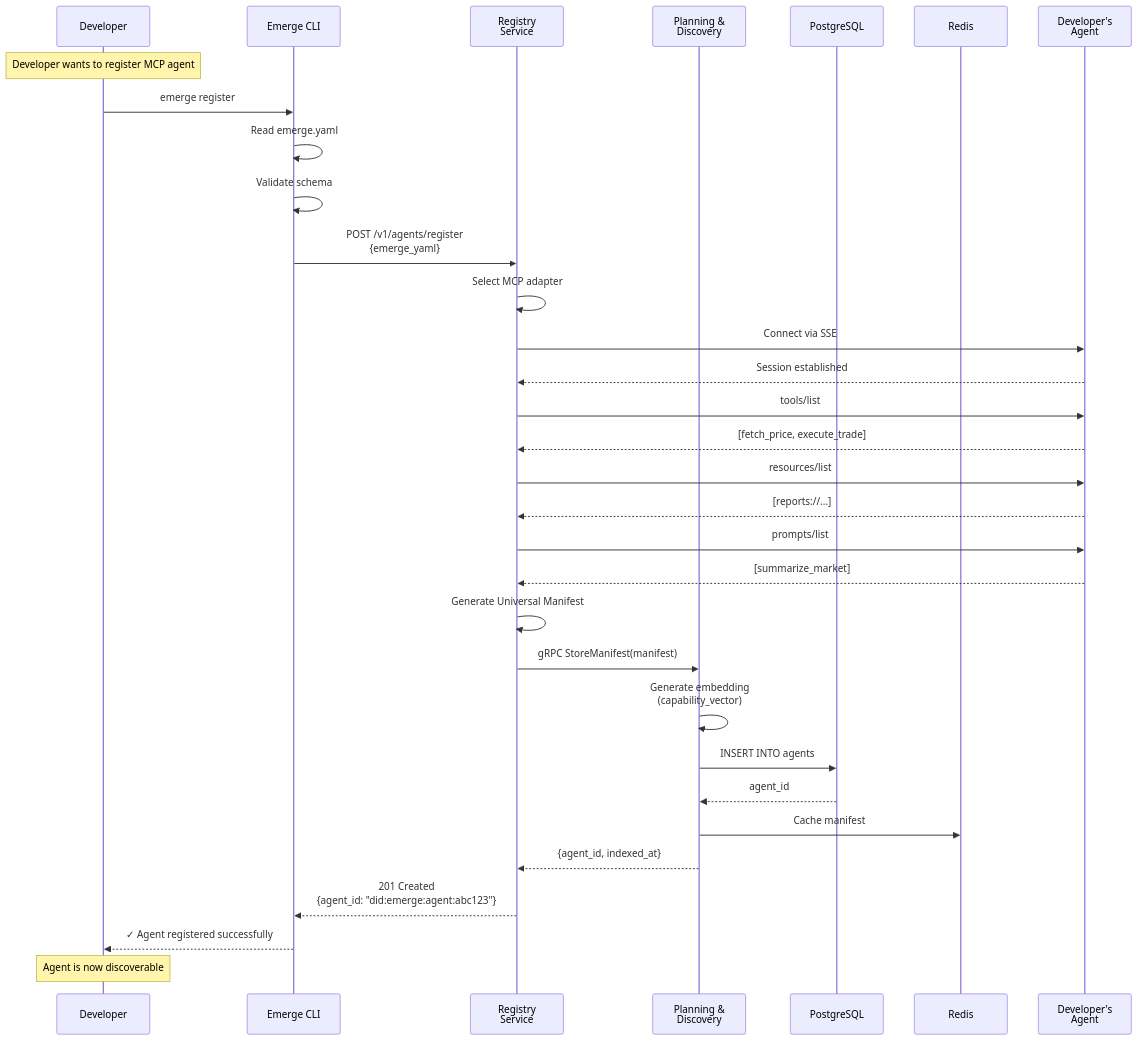
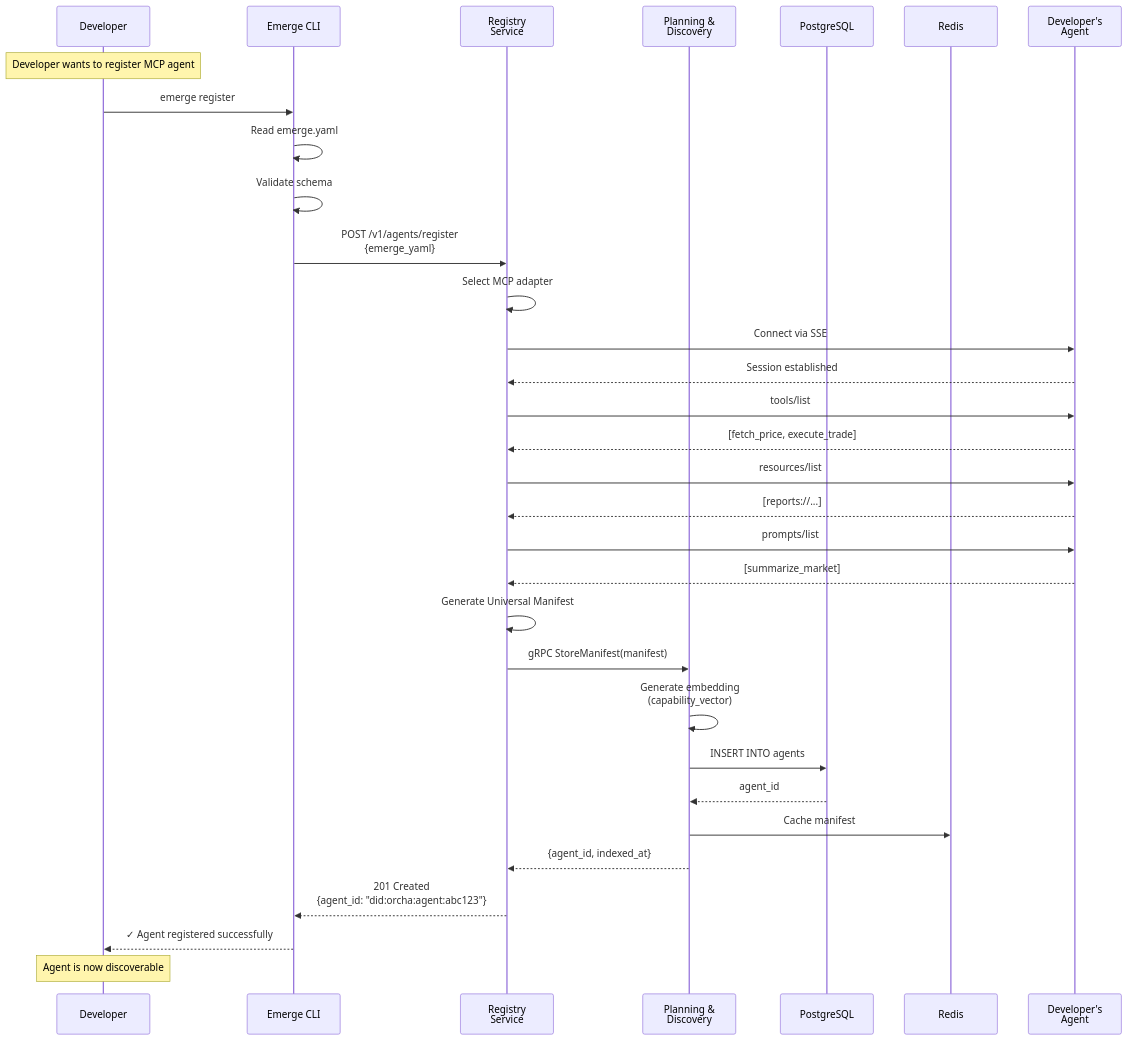
The second of 3 diagrams in docs/archtecture/system-architecture.md (azank1/orcha), drawn with Mermaid before and after one commit. The commit also changed other lines of this file and 264 other files, not shown here.

````diff
--- a/docs/archtecture/system-architecture.md
+++ b/docs/archtecture/system-architecture.md
@@ -1279,47 +1279,47 @@
 ```mermaid
 sequenceDiagram
     participant D as Developer
     participant CLI as Emerge CLI
     participant REG as Registry<br/>Service
     participant PD as Planning &<br/>Discovery
     participant DB as PostgreSQL
     participant R as Redis
     participant A as Developer's<br/>Agent
 
     Note over D: Developer wants to register MCP agent
     D->>CLI: emerge register
     
     CLI->>CLI: Read emerge.yaml
     CLI->>CLI: Validate schema
     
     CLI->>REG: POST /v1/agents/register<br/>{emerge_yaml}
     
     REG->>REG: Select MCP adapter
     REG->>A: Connect via SSE
     A-->>REG: Session established
     
     REG->>A: tools/list
     A-->>REG: [fetch_price, execute_trade]
     
     REG->>A: resources/list
     A-->>REG: [reports://...]
     
     REG->>A: prompts/list
     A-->>REG: [summarize_market]
     
     REG->>REG: Generate Universal Manifest
     
     REG->>PD: gRPC StoreManifest(manifest)
     
     PD->>PD: Generate embedding<br/>(capability_vector)
     PD->>DB: INSERT INTO agents
     DB-->>PD: agent_id
     
     PD->>R: Cache manifest
     PD-->>REG: {agent_id, indexed_at}
     
-    REG-->>CLI: 201 Created<br/>{agent_id: "did:emerge:agent:abc123"}
+    REG-->>CLI: 201 Created<br/>{agent_id: "did:orcha:agent:abc123"}
     CLI-->>D: ✓ Agent registered successfully
     
     Note over D: Agent is now discoverable
 ```
````
